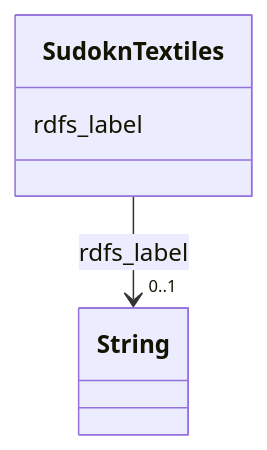
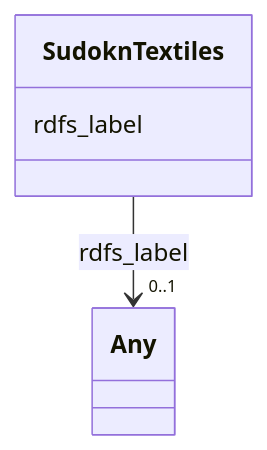
The diagram in sudokn-kg/classes/SudoknTextiles.md (frink-okn/graph-descriptions), drawn with Mermaid before and after one commit. The commit also changed other lines of this file and 903 other files, not shown here.

````diff
--- a/sudokn-kg/classes/SudoknTextiles.md
+++ b/sudokn-kg/classes/SudoknTextiles.md
@@ -23,15 +18,15 @@
 ```mermaid
  classDiagram
     class SudoknTextiles
     click SudoknTextiles href "../SudoknTextiles"
       SudoknTextiles : rdfs_label
         
           
     
     
-    SudoknTextiles --> "0..1" String : rdfs_label
-    click String href "../String"
+    SudoknTextiles --> "0..1" Any : rdfs_label
+    click Any href "../Any"
 
         
       
 ```
````
